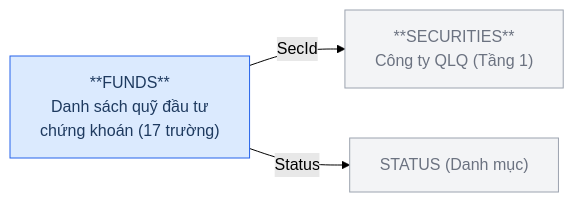
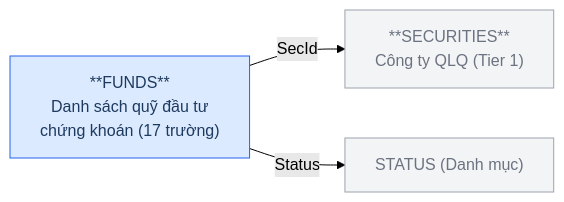
One commit to linhlvit/ubck_atomic_design changed the first of 16 diagrams in Silver/hld/FMS_HLD_Tier2.md. Above: the diagram before and after it, drawn with Mermaid (forest theme). The commit also changed other lines of this file and 111 other files, not shown here.

````diff
--- a/Silver/hld/FMS_HLD_Tier2.md
+++ b/Silver/hld/FMS_HLD_Tier2.md
@@ -21,12 +15,12 @@
 ```mermaid
 graph LR
     classDef src fill:#dbeafe,stroke:#2563eb,color:#1e3a5f
     classDef ref fill:#f3f4f6,stroke:#9ca3af,color:#6b7280
 
-    SECURITIES["**SECURITIES**\nCông ty QLQ (Tầng 1)"]:::ref
+    SECURITIES["**SECURITIES**\nCông ty QLQ (Tier 1)"]:::ref
     STATUS["STATUS (Danh mục)"]:::ref
     FUNDS["**FUNDS**\nDanh sách quỹ đầu tư\nchứng khoán (17 trường)"]:::src
 
     FUNDS -->|SecId| SECURITIES
     FUNDS -->|Status| STATUS
 ```
````
